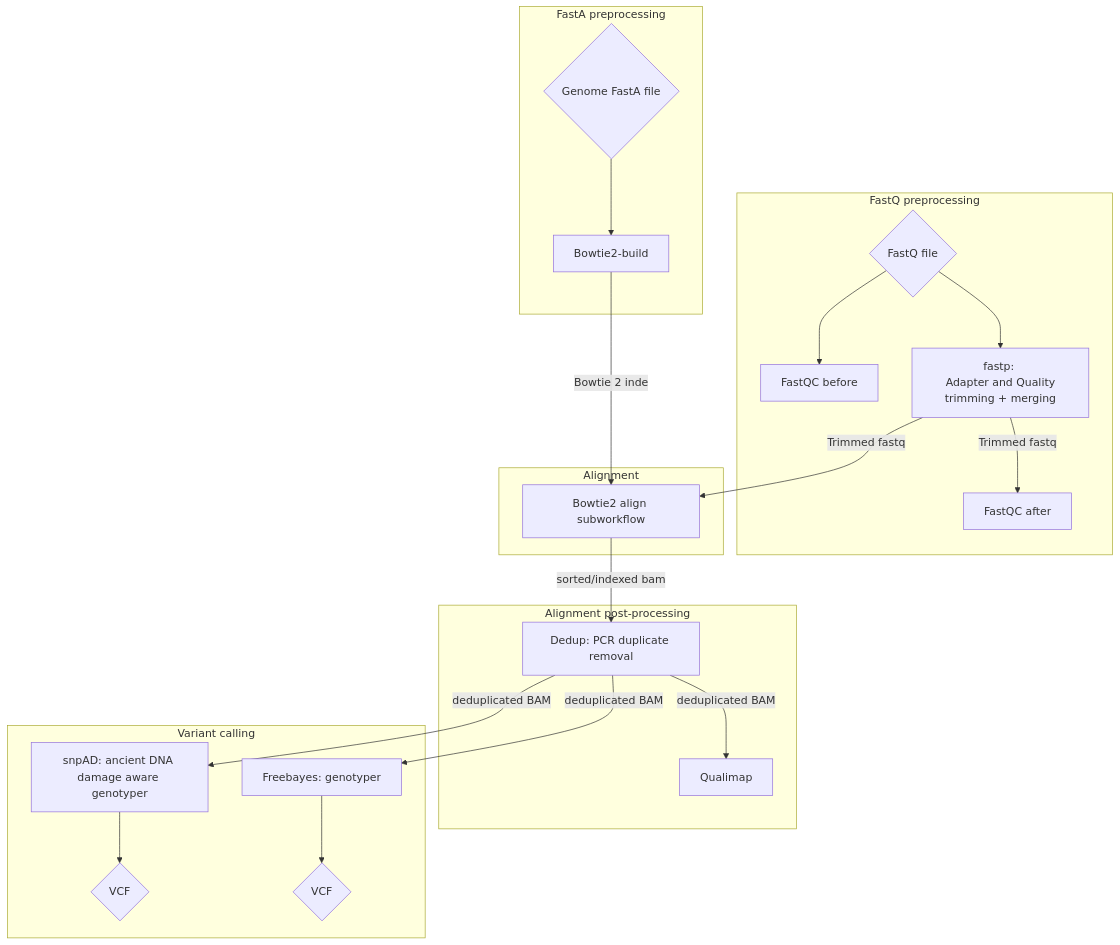
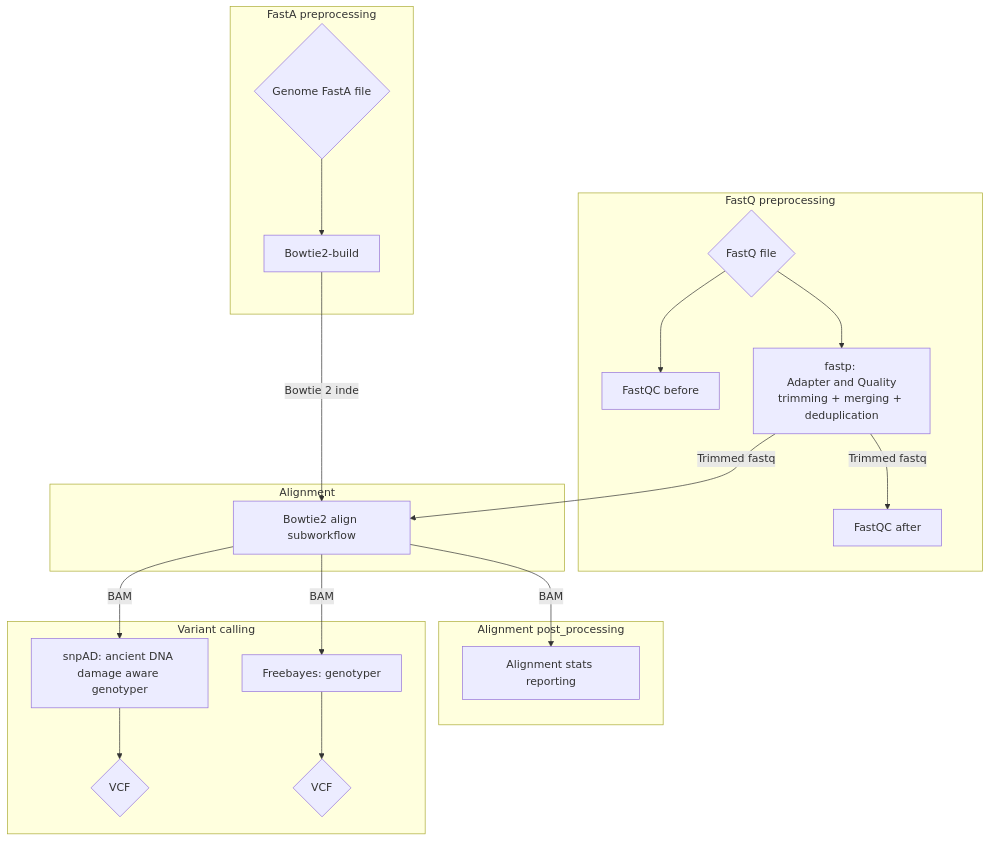
One commit to maxibor/adnamap changed the diagram in README.md. Above: the diagram before and after it, drawn with Mermaid. The commit also changed 6 other files, not shown here.

````diff
--- a/README.md
+++ b/README.md
@@ -78,38 +78,37 @@
 ```mermaid
 flowchart TD
     subgraph fastq_process[FastQ preprocessing]
         fastq{FastQ file}
         fastqc_before[FastQC before]
-        fastp["fastp: \n Adapter and Quality trimming + merging"]
+        fastp["fastp: \n Adapter and Quality trimming + merging + deduplication"]
         fastqc_after[FastQC after]
         fastq --> fastqc_before
         fastq --> fastp
         fastp -- Trimmed fastq --> fastqc_after
     end
     subgraph fastq_preproprecessing[FastA preprocessing]
         fasta{Genome FastA file}
         bowtie2_build[Bowtie2-build]
         fasta --> bowtie2_build
     end
     subgraph alignment[Alignment]
         bowtie2_align["Bowtie2 align subworkflow"]
         bowtie2_build --Bowtie 2 index--> bowtie2_align
         fastp --Trimmed fastq--> bowtie2_align
     end
-    subgraph alignment_post[Alignment post-processing]
-        dedup["Dedup: PCR duplicate removal"]
-        bowtie2_align -- sorted/indexed bam--> dedup
-        dedup --deduplicated BAM-->Qualimap
+    subgraph alignment_post[Alignment post_processing]
+        qualimap[Alignment stats reporting]
+        bowtie2_align--BAM-->qualimap
     end
     subgraph variant_calling[Variant calling]
         snpAD["snpAD: ancient DNA damage aware genotyper"]
         freebayes["Freebayes: genotyper"]
 
-        dedup --deduplicated BAM-->snpAD
-        dedup --deduplicated BAM-->freebayes
+        bowtie2_align--BAM-->snpAD
+        bowtie2_align--BAM-->freebayes
         vcf1{VCF}
         vcf2{VCF}
         snpAD --> vcf1
         freebayes --> vcf2
     end
 ```
````
